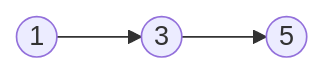
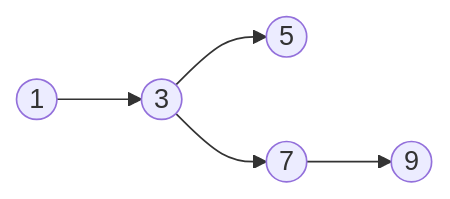
Before and after one commit to sd4483/Obsidian: the second of 2 diagrams in Software Testing/Paths.md, drawn with Mermaid. The commit also changed other lines of this file, not shown here.

````diff
--- a/Software Testing/Paths.md
+++ b/Software Testing/Paths.md
@@ -57,5 +57,5 @@
 ```mermaid
 flowchart LR
 	id1((1)) --> id3((3)) --> id5((5))
-	
+	id3 --> id7((7)) --> id9((9))
 ```
````
